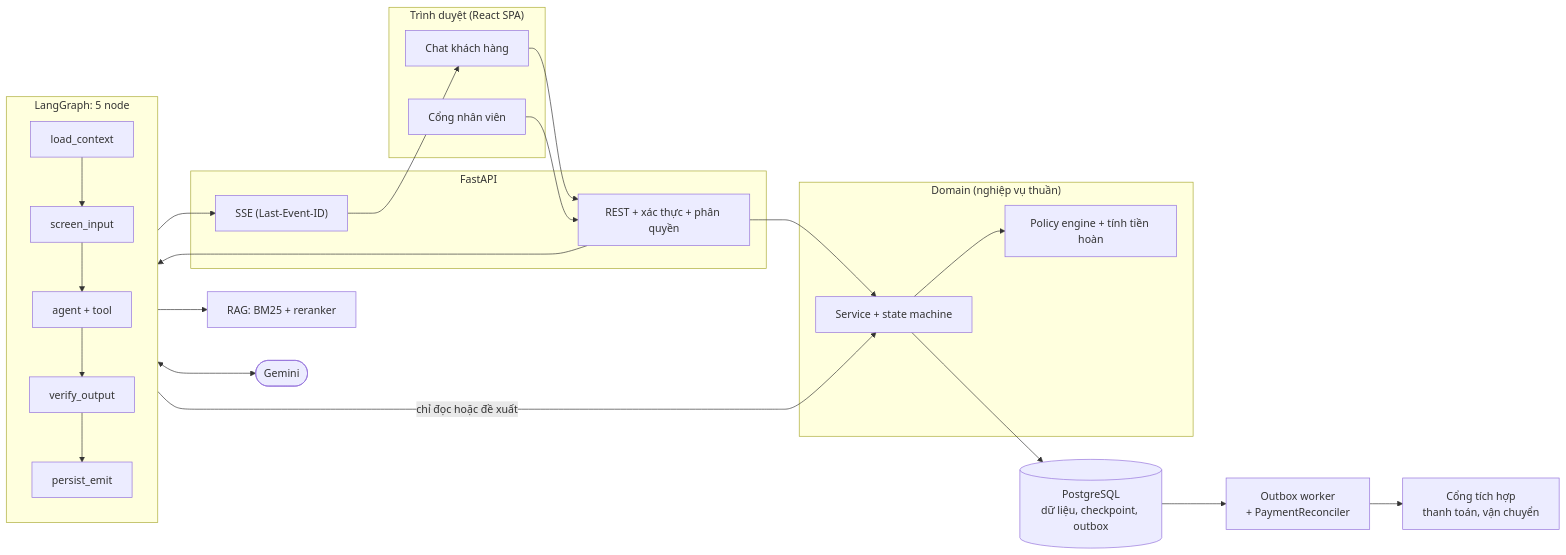
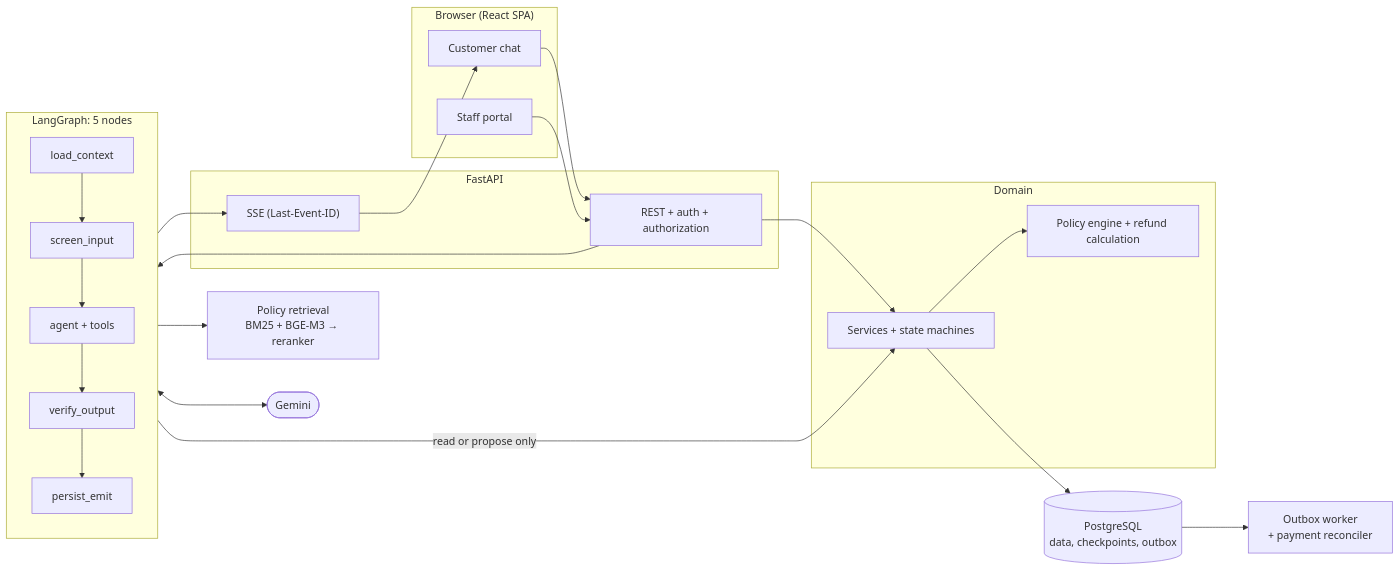
One commit to nvtanphat/support-shop changed the diagram in README.md. Above: the diagram before and after it, drawn with Mermaid. The commit also changed other lines of this file, not shown here.

````diff
--- a/README.md
+++ b/README.md
@@ -15,41 +25,35 @@
 ```mermaid
 flowchart LR
-    subgraph Client["Trình duyệt (React SPA)"]
-        Chat["Chat khách hàng"]
-        Staff["Cổng nhân viên"]
+    subgraph Client["Browser (React SPA)"]
+        Chat["Customer chat"]
+        Staff["Staff portal"]
     end
-
     subgraph API["FastAPI"]
-        REST["REST + xác thực + phân quyền"]
+        REST["REST + auth + authorization"]
         SSE["SSE (Last-Event-ID)"]
     end
-
-    subgraph Agent["LangGraph: 5 node"]
+    subgraph Agent["LangGraph: 5 nodes"]
         direction TB
-        LC["load_context"] --> SI["screen_input"] --> AG["agent + tool"] --> VO["verify_output"] --> PE["persist_emit"]
+        LC["load_context"] --> SI["screen_input"] --> AG["agent + tools"] --> VO["verify_output"] --> PE["persist_emit"]
     end
-
-    subgraph Core["Domain (nghiệp vụ thuần)"]
-        Svc["Service + state machine"]
-        Pol["Policy engine + tính tiền hoàn"]
+    subgraph Core["Domain"]
+        Svc["Services + state machines"]
+        Pol["Policy engine + refund calculation"]
     end
-
-    RAG["RAG: BM25 + reranker"]
-    PG[("PostgreSQL<br/>dữ liệu, checkpoint, outbox")]
-    Worker["Outbox worker<br/>+ PaymentReconciler"]
+    RAG["Policy retrieval<br/>BM25 + BGE-M3 → reranker"]
+    PG[("PostgreSQL<br/>data, checkpoints, outbox")]
+    Worker["Outbox worker<br/>+ payment reconciler"]
     LLM(["Gemini"])
-    Ports["Cổng tích hợp<br/>thanh toán, vận chuyển"]
-
     Chat --> REST
     Staff --> REST
     SSE --> Chat
     REST --> Agent
     REST --> Svc
     AG <--> LLM
-    AG -->|chỉ đọc hoặc đề xuất| Svc
+    AG -->|read or propose only| Svc
     AG --> RAG
     Svc --> Pol
     Svc --> PG
-    PG --> Worker --> Ports
+    PG --> Worker
     PE --> SSE
 ```
````
